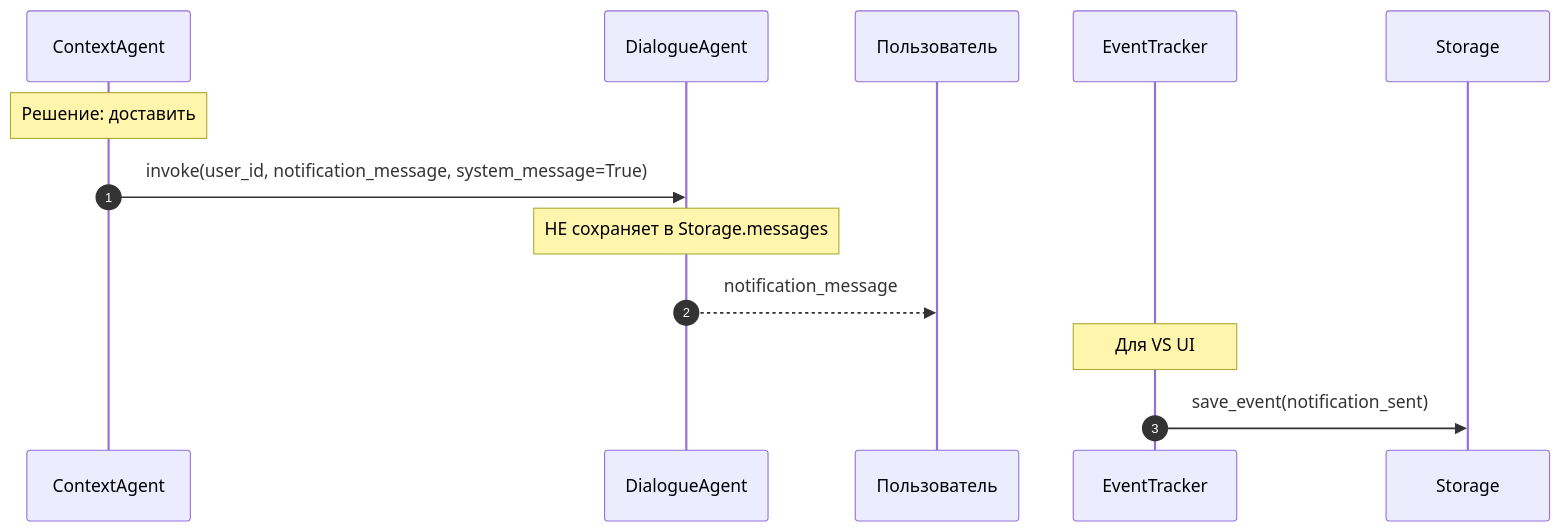
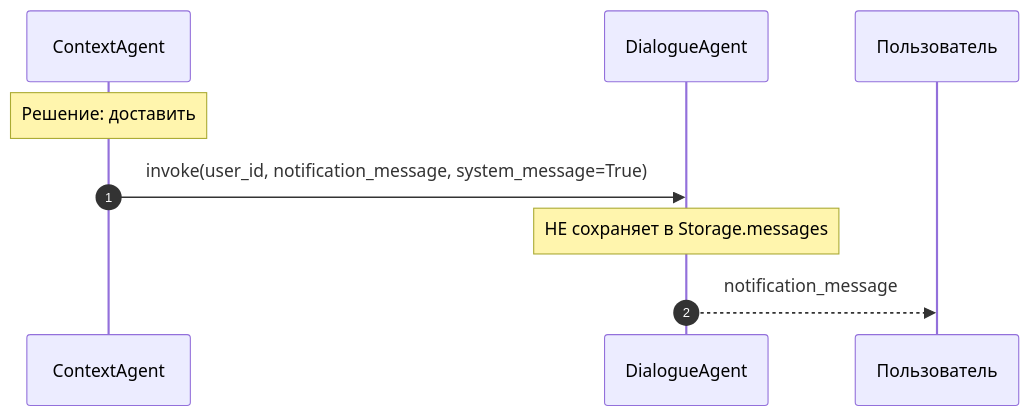
Before and after one commit to Dieugene/team-assistant: the sixth of 13 diagrams in 00_docs/architecture/runtime_architecture.md, drawn with Mermaid. The commit also changed other lines of this file, not shown here.

First line of the commit message:
Refine runtime architecture

````diff
--- a/00_docs/architecture/runtime_architecture.md
+++ b/00_docs/architecture/runtime_architecture.md
@@ -328,18 +297,14 @@
 ```mermaid
 sequenceDiagram
     autonumber
     participant CA as ContextAgent
     participant DA as DialogueAgent
     participant User as Пользователь
-    participant ET as EventTracker
 
     Note over CA: Решение: доставить
 
     CA->>DA: invoke(user_id, notification_message, system_message=True)
     Note over DA: НЕ сохраняет в Storage.messages
 
     DA-->>User: notification_message
-
-    Note over ET: Для VS UI
-    ET->>Storage: save_event(notification_sent)
 ```
````
